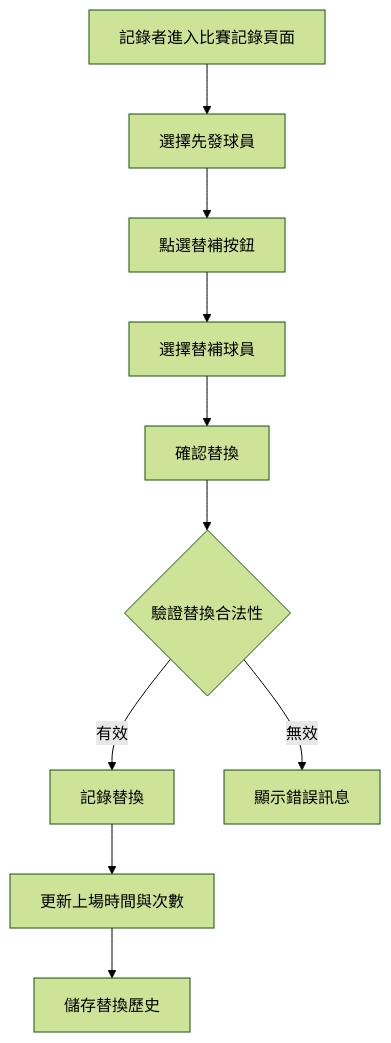
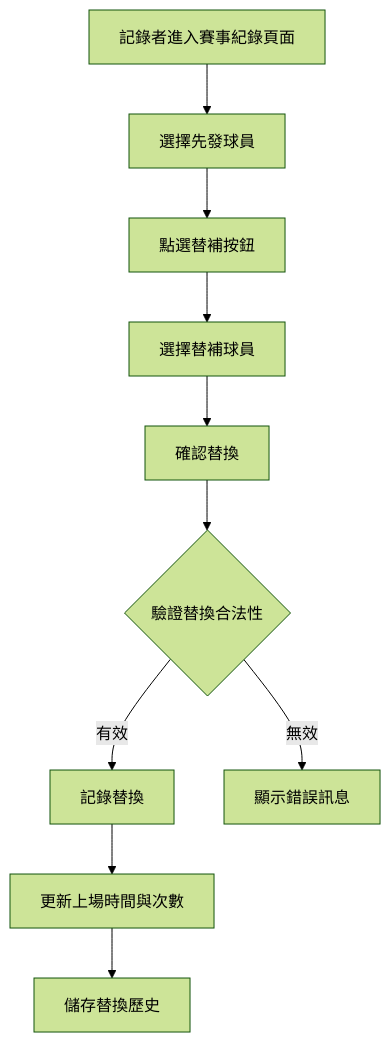
One commit to andrewck24/volleybro changed the third of 4 diagrams in docs/02_functional_requirements/03_tw_match_record.md. Above: the diagram before and after it, drawn with Mermaid (forest theme). The commit also changed other lines of this file and 12 other files, not shown here.

````diff
--- a/docs/02_functional_requirements/03_tw_match_record.md
+++ b/docs/02_functional_requirements/03_tw_match_record.md
@@ -166,12 +172,12 @@
   ```mermaid
   graph TD
-    A[記錄者進入比賽記錄頁面] --> B[選擇先發球員]
+    A[記錄者進入賽事紀錄頁面] --> B[選擇先發球員]
     B --> C[點選替補按鈕]
     C --> D[選擇替補球員]
     D --> E[確認替換]
     E --> F{驗證替換合法性}
     F -->|有效| G[記錄替換]
     F -->|無效| H[顯示錯誤訊息]
     G --> I[更新上場時間與次數]
     I --> J[儲存替換歷史]
   ```
````
